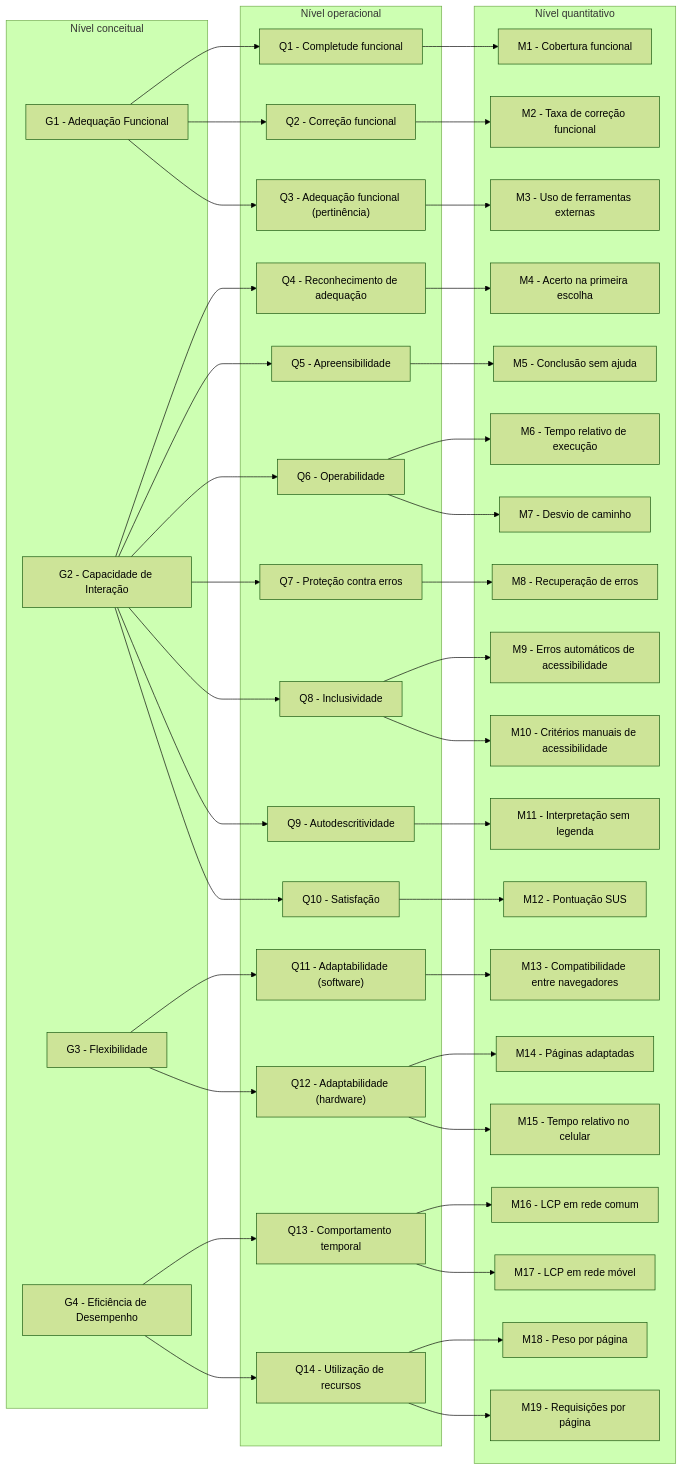
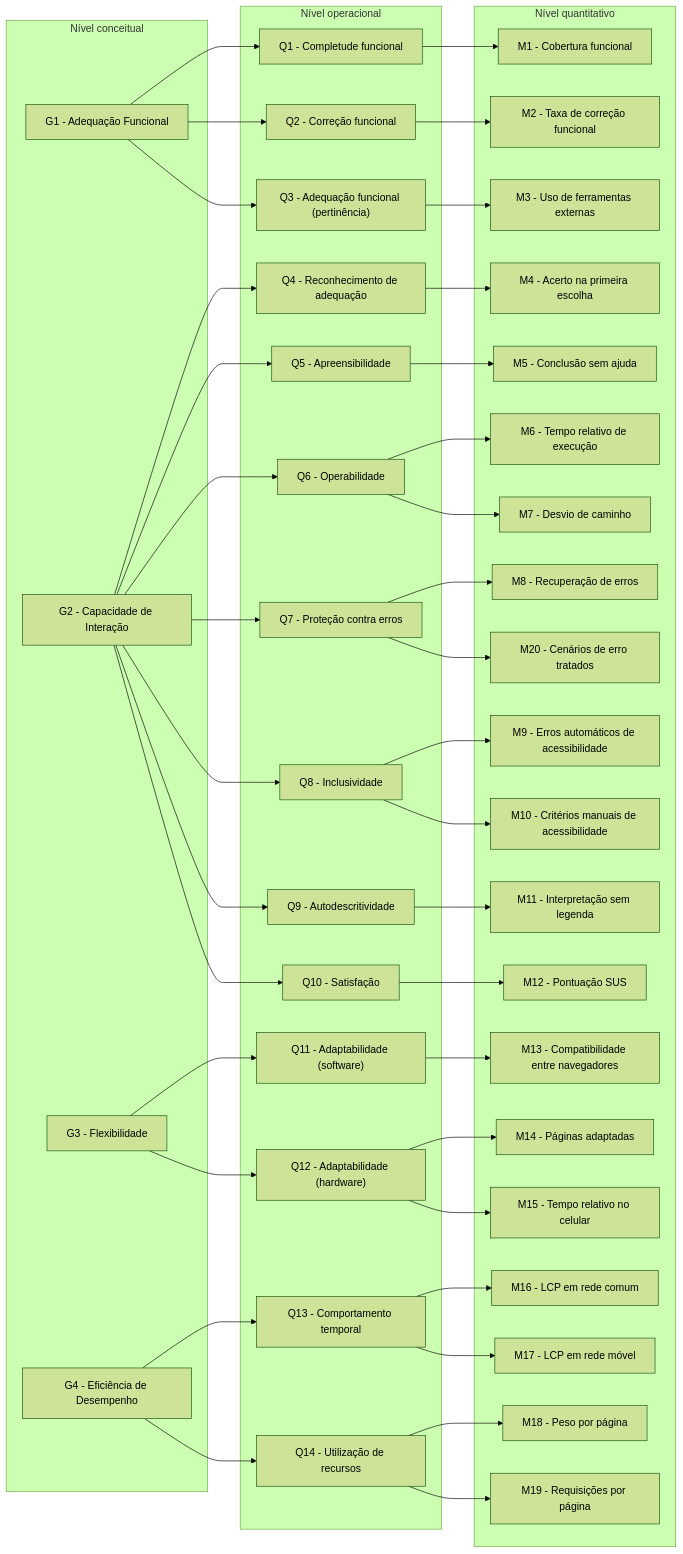
One commit to FCTE-Qualidade-de-Software-1/2026-2_T02_ADELE_GOLDSTINE changed the first of 5 diagrams in docs/fase-2/grafico-gqm.md. Above: the diagram before and after it, drawn with Mermaid (forest theme). The commit also changed other lines of this file, not shown here.

````diff
--- a/docs/fase-2/grafico-gqm.md
+++ b/docs/fase-2/grafico-gqm.md
@@ -9,64 +9,65 @@
 ```mermaid
 flowchart LR
     subgraph C["Nível conceitual"]
         G1["G1 - Adequação Funcional"]
         G2["G2 - Capacidade de Interação"]
         G3["G3 - Flexibilidade"]
         G4["G4 - Eficiência de Desempenho"]
     end
     subgraph O["Nível operacional"]
         Q1["Q1 - Completude funcional"]
         Q2["Q2 - Correção funcional"]
         Q3["Q3 - Adequação funcional (pertinência)"]
         Q4["Q4 - Reconhecimento de adequação"]
         Q5["Q5 - Apreensibilidade"]
         Q6["Q6 - Operabilidade"]
         Q7["Q7 - Proteção contra erros"]
         Q8["Q8 - Inclusividade"]
         Q9["Q9 - Autodescritividade"]
         Q10["Q10 - Satisfação"]
         Q11["Q11 - Adaptabilidade (software)"]
         Q12["Q12 - Adaptabilidade (hardware)"]
         Q13["Q13 - Comportamento temporal"]
         Q14["Q14 - Utilização de recursos"]
     end
     subgraph Qt["Nível quantitativo"]
         M1["M1 - Cobertura funcional"]
         M2["M2 - Taxa de correção funcional"]
         M3["M3 - Uso de ferramentas externas"]
         M4["M4 - Acerto na primeira escolha"]
         M5["M5 - Conclusão sem ajuda"]
         M6["M6 - Tempo relativo de execução"]
         M7["M7 - Desvio de caminho"]
         M8["M8 - Recuperação de erros"]
         M9["M9 - Erros automáticos de acessibilidade"]
         M10["M10 - Critérios manuais de acessibilidade"]
         M11["M11 - Interpretação sem legenda"]
         M12["M12 - Pontuação SUS"]
         M13["M13 - Compatibilidade entre navegadores"]
         M14["M14 - Páginas adaptadas"]
         M15["M15 - Tempo relativo no celular"]
         M16["M16 - LCP em rede comum"]
         M17["M17 - LCP em rede móvel"]
         M18["M18 - Peso por página"]
         M19["M19 - Requisições por página"]
+        M20["M20 - Cenários de erro tratados"]
     end
     G1 --> Q1 & Q2 & Q3
     G2 --> Q4 & Q5 & Q6 & Q7 & Q8 & Q9 & Q10
     G3 --> Q11 & Q12
     G4 --> Q13 & Q14
     Q1 --> M1
     Q2 --> M2
     Q3 --> M3
     Q4 --> M4
     Q5 --> M5
     Q6 --> M6 & M7
-    Q7 --> M8
+    Q7 --> M8 & M20
     Q8 --> M9 & M10
     Q9 --> M11
     Q10 --> M12
     Q11 --> M13
     Q12 --> M14 & M15
     Q13 --> M16 & M17
     Q14 --> M18 & M19
 ```
````
